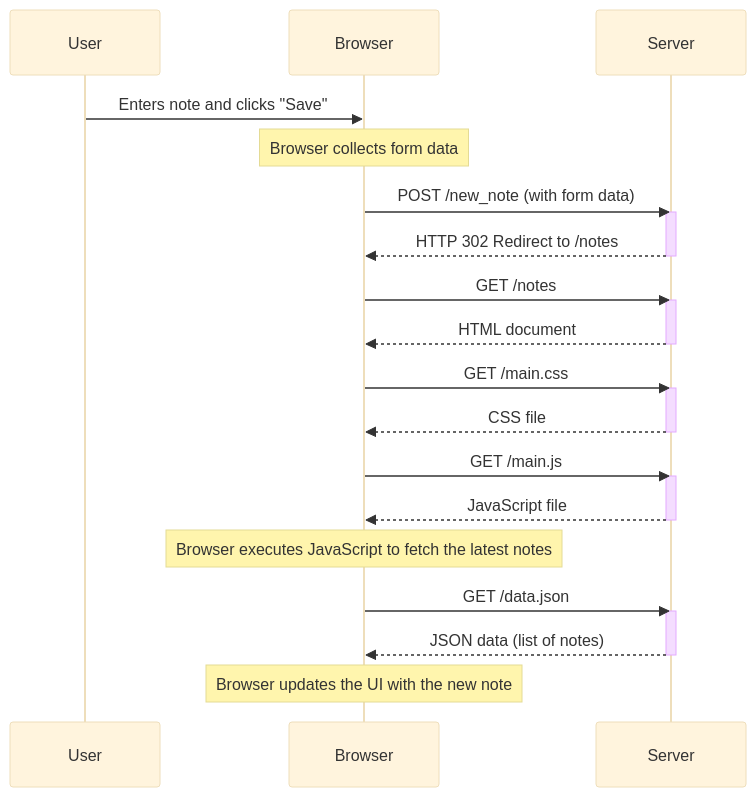
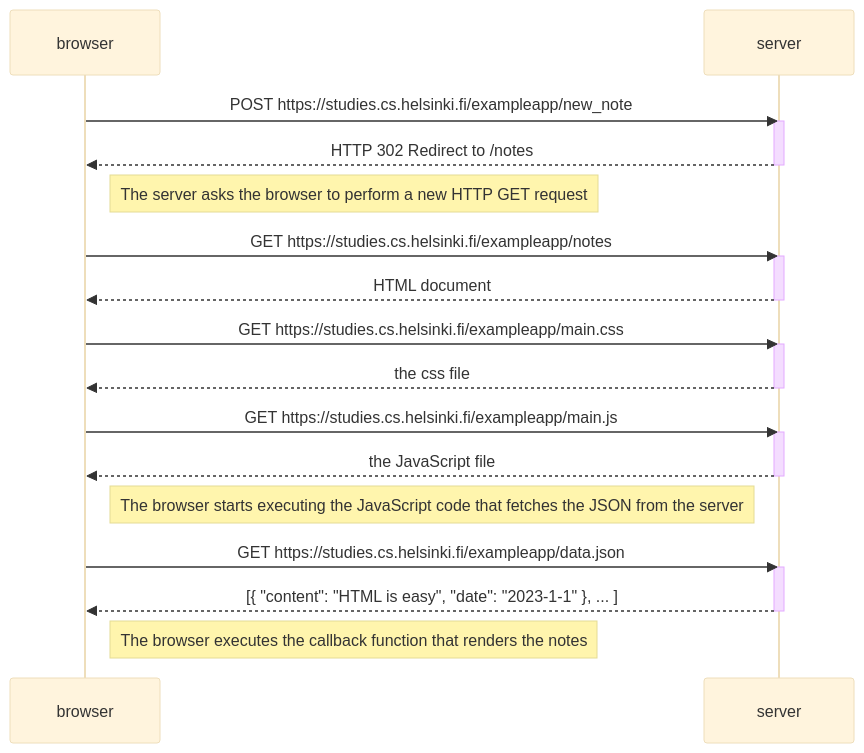
Before and after one commit to DigontoShahniaz/full_stack_open: the diagram in part0/new_note_diagram.md, drawn with Mermaid (base theme).

Commit message:
new_note_diagram completed

````diff
--- a/part0/new_note_diagram.md
+++ b/part0/new_note_diagram.md
@@ -6,39 +6,37 @@
 ```mermaid
 sequenceDiagram
-    participant User
-    participant Browser
-    participant Server
+    participant browser
+    participant server
 
-    User->>Browser: Enters note and clicks "Save"
-    note over Browser: Browser collects form data
+    browser->>server: POST https://studies.cs.helsinki.fi/exampleapp/new_note
+    activate server
+    server-->>browser: HTTP 302 Redirect to /notes
+    deactivate server
 
-    Browser->>Server: POST /new_note (with form data)
-    activate Server
-    Server-->>Browser: HTTP 302 Redirect to /notes
-    deactivate Server
+    Note right of browser: The server asks the browser to perform a new HTTP GET request
 
-    Browser->>Server: GET /notes
-    activate Server
-    Server-->>Browser: HTML document
-    deactivate Server
+    browser->>server: GET https://studies.cs.helsinki.fi/exampleapp/notes
+    activate server
+    server-->>browser: HTML document
+    deactivate server
 
-    Browser->>Server: GET /main.css
-    activate Server
-    Server-->>Browser: CSS file
-    deactivate Server
+    browser->>server: GET https://studies.cs.helsinki.fi/exampleapp/main.css
+    activate server
+    server-->>browser: the css file
+    deactivate server
 
-    Browser->>Server: GET /main.js
-    activate Server
-    Server-->>Browser: JavaScript file
-    deactivate Server
+    browser->>server: GET https://studies.cs.helsinki.fi/exampleapp/main.js
+    activate server
+    server-->>browser: the JavaScript file
+    deactivate server
 
-    note over Browser: Browser executes JavaScript to fetch the latest notes
+    Note right of browser: The browser starts executing the JavaScript code that fetches the JSON from the server
 
-    Browser->>Server: GET /data.json
-    activate Server
-    Server-->>Browser: JSON data (list of notes)
-    deactivate Server
+    browser->>server: GET https://studies.cs.helsinki.fi/exampleapp/data.json
+    activate server
+    server-->>browser: [{ "content": "HTML is easy", "date": "2023-1-1" }, ... ]
+    deactivate server
 
-    note over Browser: Browser updates the UI with the new note
+    Note right of browser: The browser executes the callback function that renders the notes
 
 ```
````
